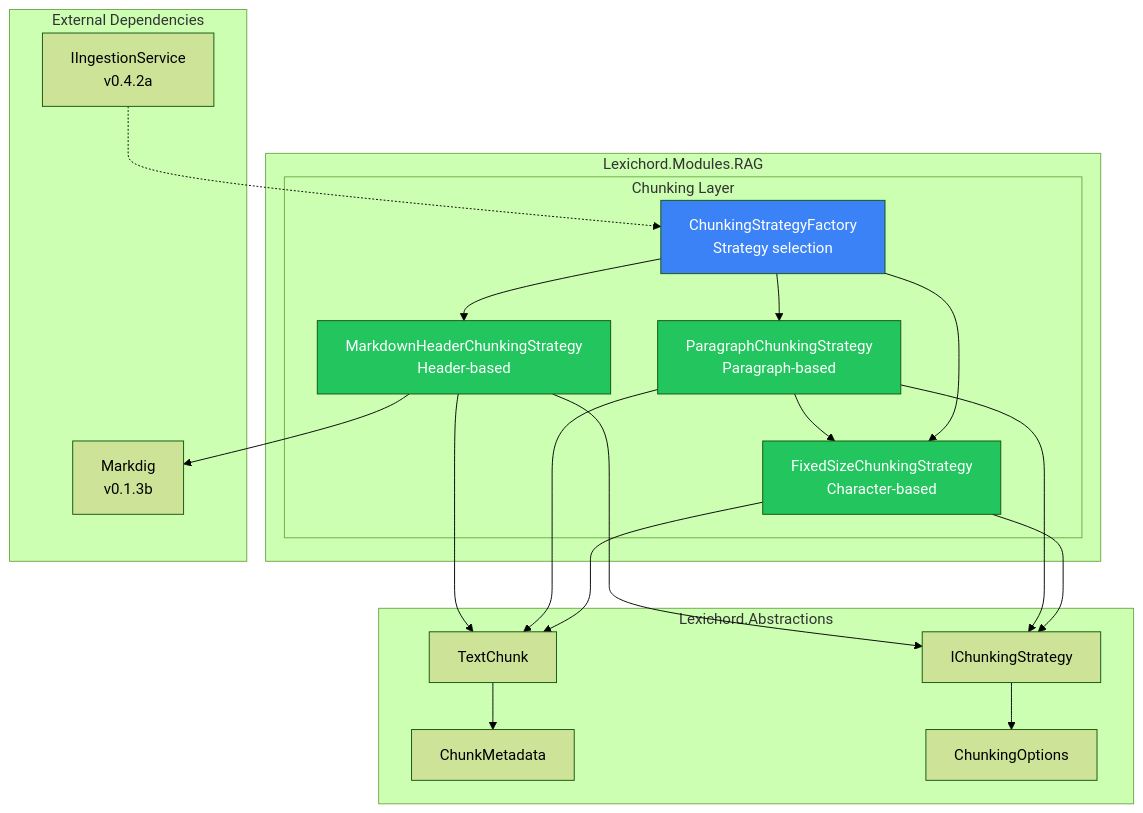
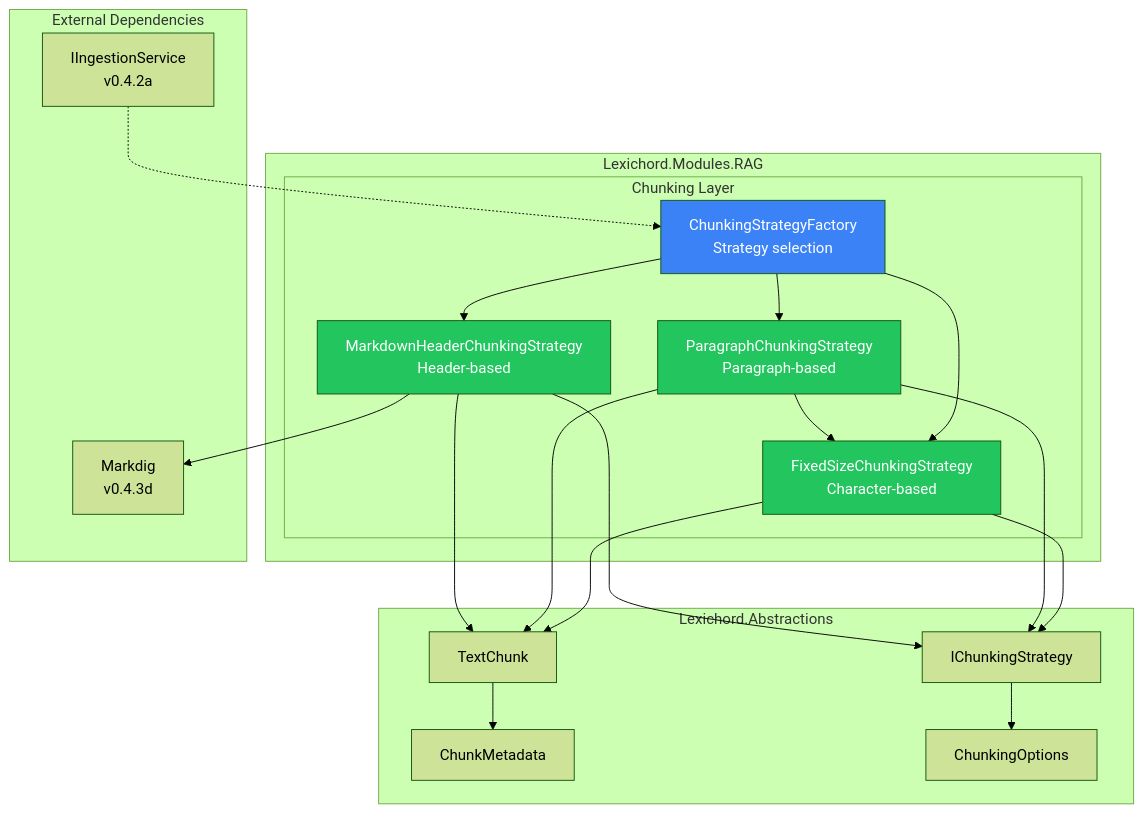
One commit to southpawriter02/lexichord changed the first of 2 diagrams in docs/specs/v0.4.x/v0.4.3/LCS-SBD-043.md. Above: the diagram before and after it, drawn with Mermaid (forest theme). The commit also changed other lines of this file and 7 other files, not shown here.

````diff
--- a/docs/specs/v0.4.x/v0.4.3/LCS-SBD-043.md
+++ b/docs/specs/v0.4.x/v0.4.3/LCS-SBD-043.md
@@ -563,48 +563,48 @@
 ```mermaid
 graph TB
     subgraph "Lexichord.Modules.RAG"
         subgraph "Chunking Layer"
             CSF[ChunkingStrategyFactory<br/>Strategy selection]
             FSC[FixedSizeChunkingStrategy<br/>Character-based]
             PSC[ParagraphChunkingStrategy<br/>Paragraph-based]
             MHC[MarkdownHeaderChunkingStrategy<br/>Header-based]
         end
     end
 
     subgraph "Lexichord.Abstractions"
         ICS[IChunkingStrategy]
         TC[TextChunk]
         CM[ChunkMetadata]
         CO[ChunkingOptions]
     end
 
     subgraph "External Dependencies"
-        MD[Markdig<br/>v0.1.3b]
+        MD[Markdig<br/>v0.4.3d]
         IS[IIngestionService<br/>v0.4.2a]
     end
 
     CSF --> FSC
     CSF --> PSC
     CSF --> MHC
 
     FSC --> ICS
     PSC --> ICS
     MHC --> ICS
 
     FSC --> TC
     PSC --> TC
     MHC --> TC
 
     TC --> CM
     ICS --> CO
 
     MHC --> MD
     PSC --> FSC
 
     IS -.-> CSF
 
     style CSF fill:#3b82f6,color:#fff
     style FSC fill:#22c55e,color:#fff
     style PSC fill:#22c55e,color:#fff
     style MHC fill:#22c55e,color:#fff
 ```
````
